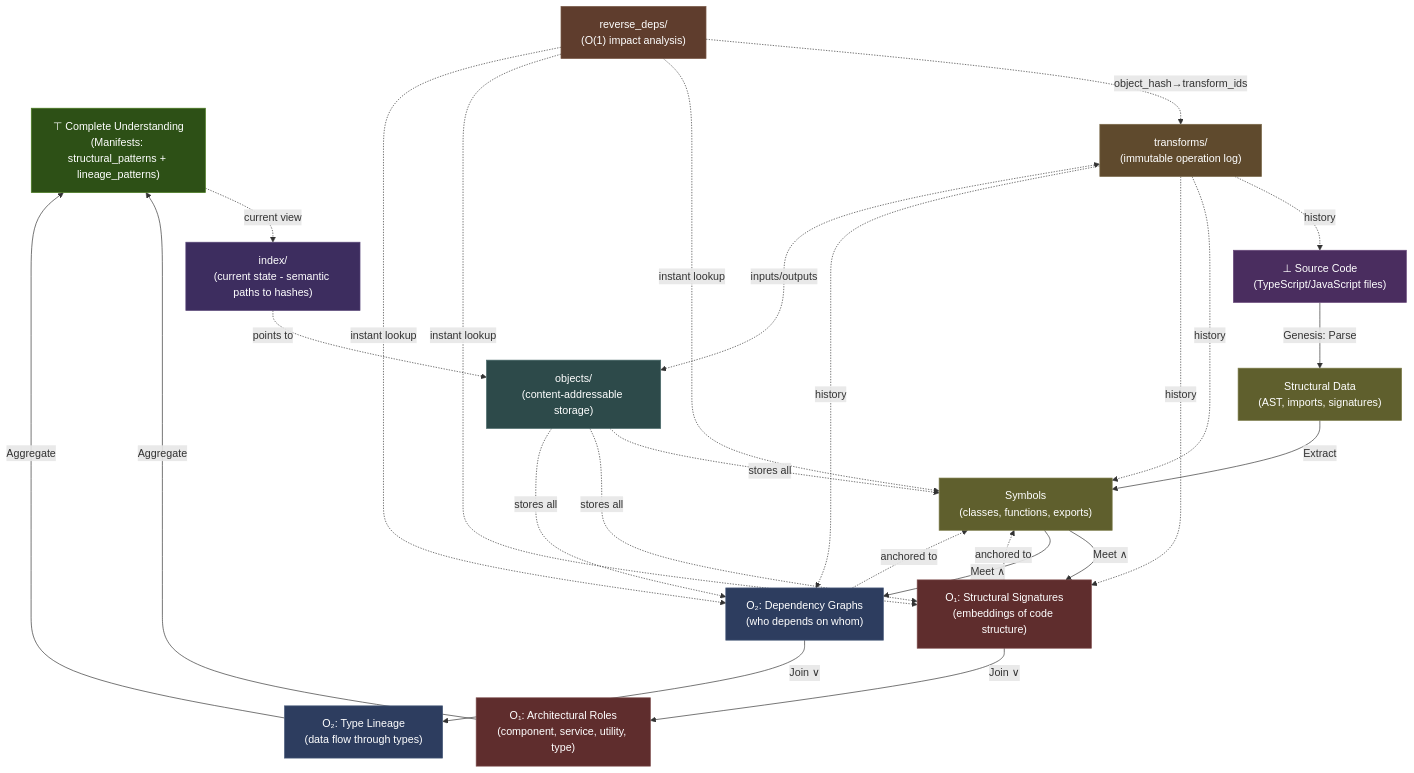
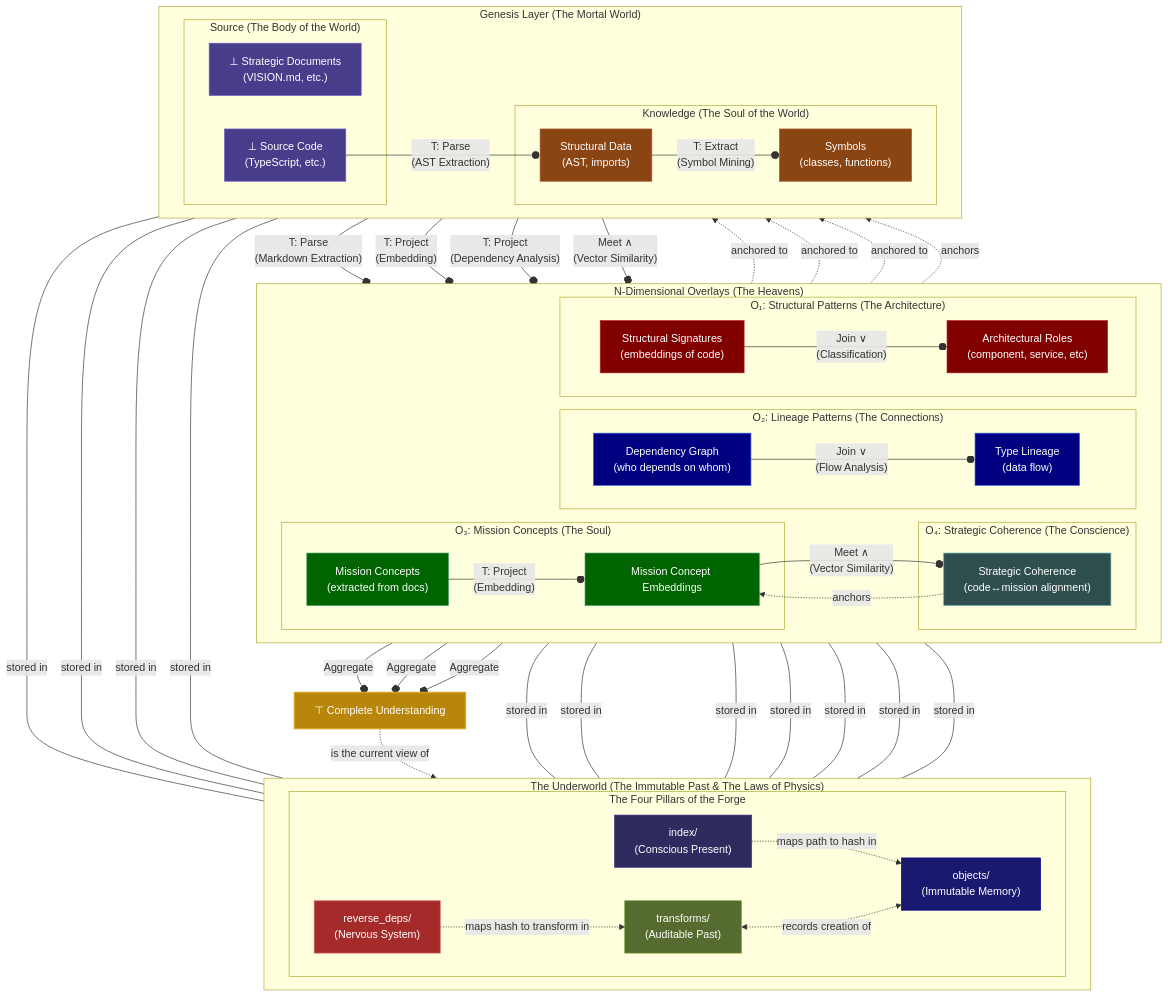
The diagram in docs/00_Axiom_Knowledge_as_Lattice.md (mirzahusadzic/cogx), drawn with Mermaid before and after one commit. The commit also changed other lines of this file and 19 other files, not shown here.

````diff
--- a/docs/00_Axiom_Knowledge_as_Lattice.md
+++ b/docs/00_Axiom_Knowledge_as_Lattice.md
@@ -60,80 +60,127 @@
 ```mermaid
 graph TD
-    %% Top of Lattice
-    TOP["⊤ Complete Understanding<br/>(Manifests: structural_patterns + lineage_patterns)"]
+    %% --- THE DIVINE REALMS ---
+    subgraph "N-Dimensional Overlays (The Heavens)"
+        direction LR
+        subgraph "O₄: Strategic Coherence (The Conscience)"
+            SC_SCORES["Strategic Coherence<br/>(code↔mission alignment)"]
+        end
+        subgraph "O₃: Mission Concepts (The Soul)"
+            MC_CONPEP["Mission Concept Embeddings"]
+            MC_CONCEPTS["Mission Concepts<br/>(extracted from docs)"]
+        end
+        subgraph "O₂: Lineage Patterns (The Connections)"
+            LP_TYPE["Type Lineage<br/>(data flow)"]
+            LP_GRAPH["Dependency Graph<br/>(who depends on whom)"]
+        end
+        subgraph "O₁: Structural Patterns (The Architecture)"
+            SP_ROLE["Architectural Roles<br/>(component, service, etc)"]
+            SP_SIG["Structural Signatures<br/>(embeddings of code)"]
+        end
+    end
 
-    %% Current State (The Conscious Mind)
-    INDEX["index/<br/>(current state - semantic paths to hashes)"]
+    %% --- THE MORTAL REALM ---
+    subgraph "Genesis Layer (The Mortal World)"
+        direction LR
+        subgraph "Knowledge (The Soul of the World)"
+            SYMBOLS["Symbols<br/>(classes, functions)"]
+            STRUCTURE["Structural Data<br/>(AST, imports)"]
+        end
+        subgraph "Source (The Body of the World)"
+            DOCS["⊥ Strategic Documents<br/>(VISION.md, etc.)"]
+            SOURCE["⊥ Source Code<br/>(TypeScript, etc.)"]
+        end
+    end
 
-    %% Overlay Dimension O₁: Structural Patterns
-    SP_ROLE["O₁: Architectural Roles<br/>(component, service, utility, type)"]
-    SP_SIG["O₁: Structural Signatures<br/>(embeddings of code structure)"]
+    %% --- THE UNDERWORLD & INFRASTRUCTURE ---
+    subgraph "The Underworld (The Immutable Past & The Laws of Physics)"
+        direction LR
+        subgraph "The Four Pillars of the Forge"
+            OBJECTS["objects/<br/>(Immutable Memory)"]
+            TRANSFORMS["transforms/<br/>(Auditable Past)"]
+            INDEX["index/<br/>(Conscious Present)"]
+            REVERSE["reverse_deps/<br/>(Nervous System)"]
+        end
+    end
 
-    %% Overlay Dimension O₂: Lineage Patterns
-    LP_GRAPH["O₂: Dependency Graphs<br/>(who depends on whom)"]
-    LP_TYPE["O₂: Type Lineage<br/>(data flow through types)"]
+    %% --- THE TOP ---
+    TOP["⊤ Complete Understanding"]
 
-    %% Genesis Layer
-    SYMBOLS["Symbols<br/>(classes, functions, exports)"]
-    STRUCTURE["Structural Data<br/>(AST, imports, signatures)"]
-    SOURCE["⊥ Source Code<br/>(TypeScript/JavaScript files)"]
+    %% =============================================
+    %%               THE EDGES (THE STORY OF CREATION)
+    %% =============================================
 
-    %% Content-Addressable Storage
-    OBJECTS["objects/<br/>(content-addressable storage)"]
+    %% --- Vertical Edges (The Genesis - Forging Order from Chaos) ---
+    SOURCE --o|"T: Parse<br/>(AST Extraction)"| STRUCTURE
+    STRUCTURE --o|"T: Extract<br/>(Symbol Mining)"| SYMBOLS
+    DOCS --o|"T: Parse<br/>(Markdown Extraction)"| MC_CONCEPTS
 
-    %% Temporal Dimension
-    TRANSFORMS["transforms/<br/>(immutable operation log)"]
+    %% --- Projection Edges (Creating the First Overlays) ---
+    SYMBOLS --o|"T: Project<br/>(Embedding)"| SP_SIG
+    SYMBOLS --o|"T: Project<br/>(Dependency Analysis)"| LP_GRAPH
+    MC_CONCEPTS --o|"T: Project<br/>(Embedding)"| MC_CONPEP
 
-    %% Reflexive Nervous System
-    REVERSE["reverse_deps/<br/>(O(1) impact analysis)"]
+    %% --- Synthesis Edges (Join ∨ - Building Higher Understanding) ---
+    SP_SIG --o|"Join ∨<br/>(Classification)"| SP_ROLE
+    LP_GRAPH --o|"Join ∨<br/>(Flow Analysis)"| LP_TYPE
+    SYMBOLS --o|"Meet ∧<br/>(Vector Similarity)"| SC_SCORES
+    MC_CONPEP --o|"Meet ∧<br/>(Vector Similarity)"| SC_SCORES
 
-    %% Vertical edges (Join operations - bottom up)
-    SOURCE -->|"Genesis: Parse"| STRUCTURE
-    STRUCTURE -->|"Extract"| SYMBOLS
-    SYMBOLS -->|"Meet ∧"| SP_SIG
-    SYMBOLS -->|"Meet ∧"| LP_GRAPH
-    SP_SIG -->|"Join ∨"| SP_ROLE
-    LP_GRAPH -->|"Join ∨"| LP_TYPE
-    SP_ROLE -->|"Aggregate"| TOP
-    LP_TYPE -->|"Aggregate"| TOP
+    %% --- Final Aggregation (The Ascent to Heaven) ---
+    SP_ROLE --o|"Aggregate"| TOP
+    LP_TYPE --o|"Aggregate"| TOP
+    SC_SCORES --o|"Aggregate"| TOP
 
-    %% Horizontal edges (overlay anchoring)
+    %% --- Horizontal Edges (The Anchoring - Grounding the Heavens) ---
     SP_SIG -.->|"anchored to"| SYMBOLS
     LP_GRAPH -.->|"anchored to"| SYMBOLS
+    MC_CONCEPTS -.->|"anchored to"| DOCS
+    SC_SCORES -.->|"anchors"| SYMBOLS
+    SC_SCORES -.->|"anchors"| MC_CONPEP
 
-    %% State management
-    INDEX -.->|"points to"| OBJECTS
-    TOP -.->|"current view"| INDEX
-    OBJECTS -.->|"stores all"| SYMBOLS
-    OBJECTS -.->|"stores all"| SP_SIG
-    OBJECTS -.->|"stores all"| LP_GRAPH
+    %% --- Infrastructure Edges (The Mechanics of Being) ---
+    INDEX -.->|"maps path to hash in"| OBJECTS
+    TOP -.->|"is the current view of"| INDEX
+    TRANSFORMS <-.->|"records creation of"| OBJECTS
+    REVERSE -.->|"maps hash to transform in"| TRANSFORMS
 
-    %% Temporal edges (historical dimension)
-    TRANSFORMS -.->|"history"| SOURCE
-    TRANSFORMS -.->|"history"| SYMBOLS
-    TRANSFORMS -.->|"history"| SP_SIG
-    TRANSFORMS -.->|"history"| LP_GRAPH
+    %% Storing everything in Objects
+    SOURCE --- |"stored in"| OBJECTS
+    DOCS --- |"stored in"| OBJECTS
+    STRUCTURE --- |"stored in"| OBJECTS
+    SYMBOLS --- |"stored in"| OBJECTS
+    MC_CONCEPTS --- |"stored in"| OBJECTS
+    MC_CONPEP --- |"stored in"| OBJECTS
+    SP_SIG --- |"stored in"| OBJECTS
+    LP_GRAPH --- |"stored in"| OBJECTS
+    SP_ROLE --- |"stored in"| OBJECTS
+    LP_TYPE --- |"stored in"| OBJECTS
+    SC_SCORES --- |"stored in"| OBJECTS
 
-    %% Transform-Object bridge (inputs/outputs reference objects)
-    TRANSFORMS <-.->|"inputs/outputs"| OBJECTS
+    %% --- Styling (The Colors of the Faith) ---
+    %% The Divine Light (Enlightenment, The Goal)
+    style TOP fill:#B8860B,stroke:#DAA520,color:#fff,stroke-width:2px
 
-    %% Reflexive nervous system (Update Function U)
-    %% The Historian: reverse_deps indexes from objects into transforms for O(1) history lookup
-    REVERSE -.->|"object_hash→transform_ids"| TRANSFORMS
-    REVERSE -.->|"instant lookup"| SYMBOLS
-    REVERSE -.->|"instant lookup"| SP_SIG
-    REVERSE -.->|"instant lookup"| LP_GRAPH
+    %% The Source (The Witch, Chaos, Potential)
+    style SOURCE fill:#483D8B,stroke:#6A5ACD,color:#fff
+    style DOCS fill:#483D8B,stroke:#6A5ACD,color:#fff
 
-    style TOP fill:#2d5016,stroke:#4a7c1f,color:#fff
-    style INDEX fill:#3d2d5f,stroke:#5c4a7c,color:#fff
-    style SP_ROLE fill:#5f2d2d,stroke:#7c4a4a,color:#fff
-    style SP_SIG fill:#5f2d2d,stroke:#7c4a4a,color:#fff
-    style LP_TYPE fill:#2d3d5f,stroke:#4a5c7c,color:#fff
-    style LP_GRAPH fill:#2d3d5f,stroke:#4a5c7c,color:#fff
-    style SYMBOLS fill:#5f5f2d,stroke:#7c7c4a,color:#fff
-    style STRUCTURE fill:#5f5f2d,stroke:#7c7c4a,color:#fff
-    style SOURCE fill:#4a2d5f,stroke:#6a4a7c,color:#fff
-    style OBJECTS fill:#2d4a4a,stroke:#4a6a6a,color:#fff
-    style TRANSFORMS fill:#5f4a2d,stroke:#7c6a4a,color:#fff
-    style REVERSE fill:#5f3d2d,stroke:#7c5c4a,color:#fff
+    %% The Forge's Fire (Creation, The Work)
+    style STRUCTURE fill:#8B4513,stroke:#A0522D,color:#fff
+    style SYMBOLS fill:#8B4513,stroke:#A0522D,color:#fff
+
+    %% The Senses of the Soul (The Overlays)
+    style SP_ROLE fill:#800000,stroke:#B22222,color:#fff
+    style SP_SIG fill:#800000,stroke:#B22222,color:#fff
+    style LP_TYPE fill:#000080,stroke:#4169E1,color:#fff
+    style LP_GRAPH fill:#000080,stroke:#4169E1,color:#fff
+    style MC_CONCEPTS fill:#006400,stroke:#2E8B57,color:#fff
+    style MC_CONPEP fill:#006400,stroke:#2E8B57,color:#fff
+    style SC_SCORES fill:#2F4F4F,stroke:#5F9EA0,color:#fff
+
+    %% The Four Pillars (The Laws of the Universe)
+    style OBJECTS fill:#191970,stroke:#00008B,color:#fff
+    style TRANSFORMS fill:#556B2F,stroke:#6B8E23,color:#fff
+    style INDEX fill:#2E2B5F,stroke:#483D8B,color:#fff
+    style REVERSE fill:#A52A2A,stroke:#CD5C5C,color:#fff
 ```
````
